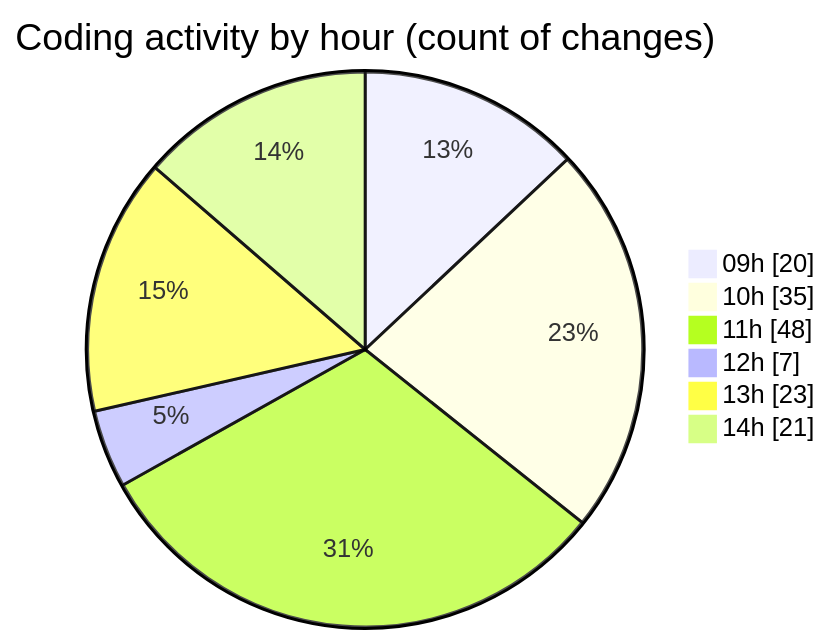
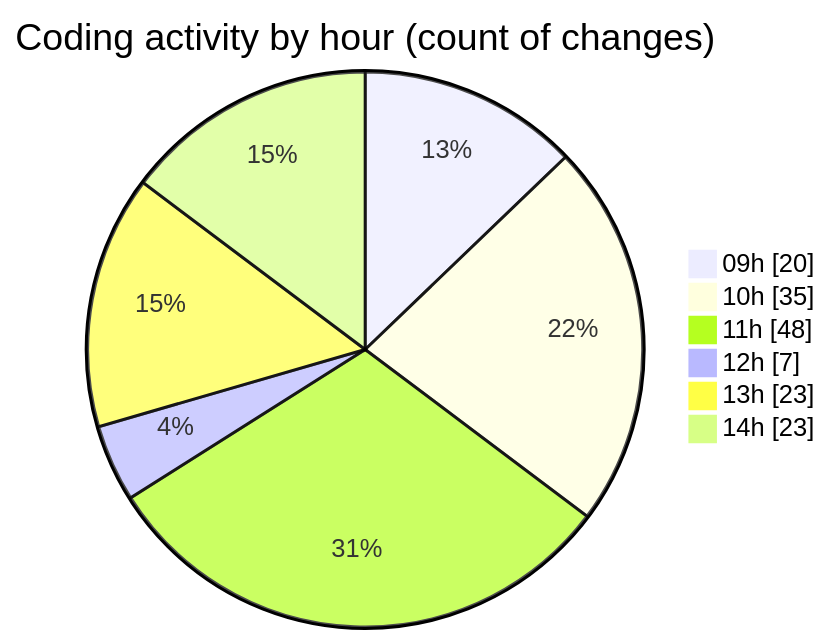
Before and after one commit to CELIANVF/code-tracking: the second of 2 diagrams in 2025-06-10/ecodeli-1/README.md, drawn with Mermaid. The commit also changed other lines of this file and 1 other file, not shown here.

````diff
--- a/2025-06-10/ecodeli-1/README.md
+++ b/2025-06-10/ecodeli-1/README.md
@@ -87,10 +87,10 @@
 ```mermaid
 pie showData
 title Coding activity by hour (count of changes)
 "09h" : 20
 "10h" : 35
 "11h" : 48
 "12h" : 7
 "13h" : 23
-"14h" : 21
+"14h" : 23
 ```
````
